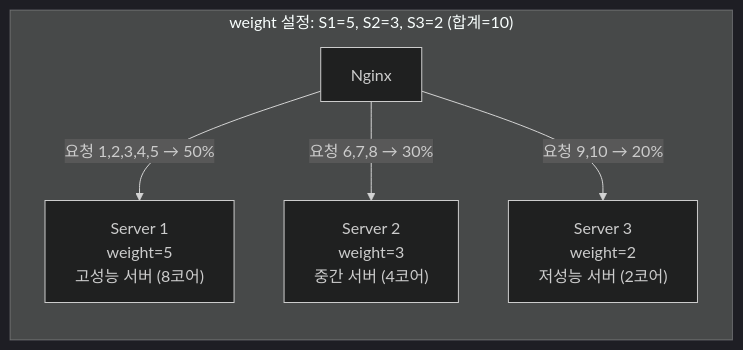
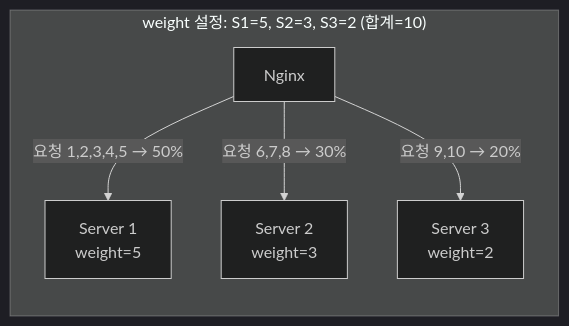
Before and after one commit to yjkim2015/yjkim2015.github.io: the eighth of 18 diagrams in _posts/server/2026-05-01-nginx.md, drawn with Mermaid (dark theme). The commit also changed other lines of this file and 271 other files, not shown here.

First line of the commit message:
Mermaid 라벨 축소: 긴 노드 텍스트 18자 이하로 트림 + \n 제거

````diff
--- a/_posts/server/2026-05-01-nginx.md
+++ b/_posts/server/2026-05-01-nginx.md
@@ -310,12 +310,12 @@
 ```mermaid
 graph LR
     subgraph "weight 설정: S1=5, S2=3, S3=2 (합계=10)"
         N["Nginx"]
-        S1["Server 1\nweight=5\n고성능 서버 (8코어)"]
-        S2["Server 2\nweight=3\n중간 서버 (4코어)"]
-        S3["Server 3\nweight=2\n저성능 서버 (2코어)"]
+        S1["Server 1\nweight=5"]
+        S2["Server 2\nweight=3"]
+        S3["Server 3\nweight=2"]
         N -->|"요청 1,2,3,4,5 → 50%"| S1
         N -->|"요청 6,7,8 → 30%"| S2
         N -->|"요청 9,10 → 20%"| S3
     end
 ```
````
